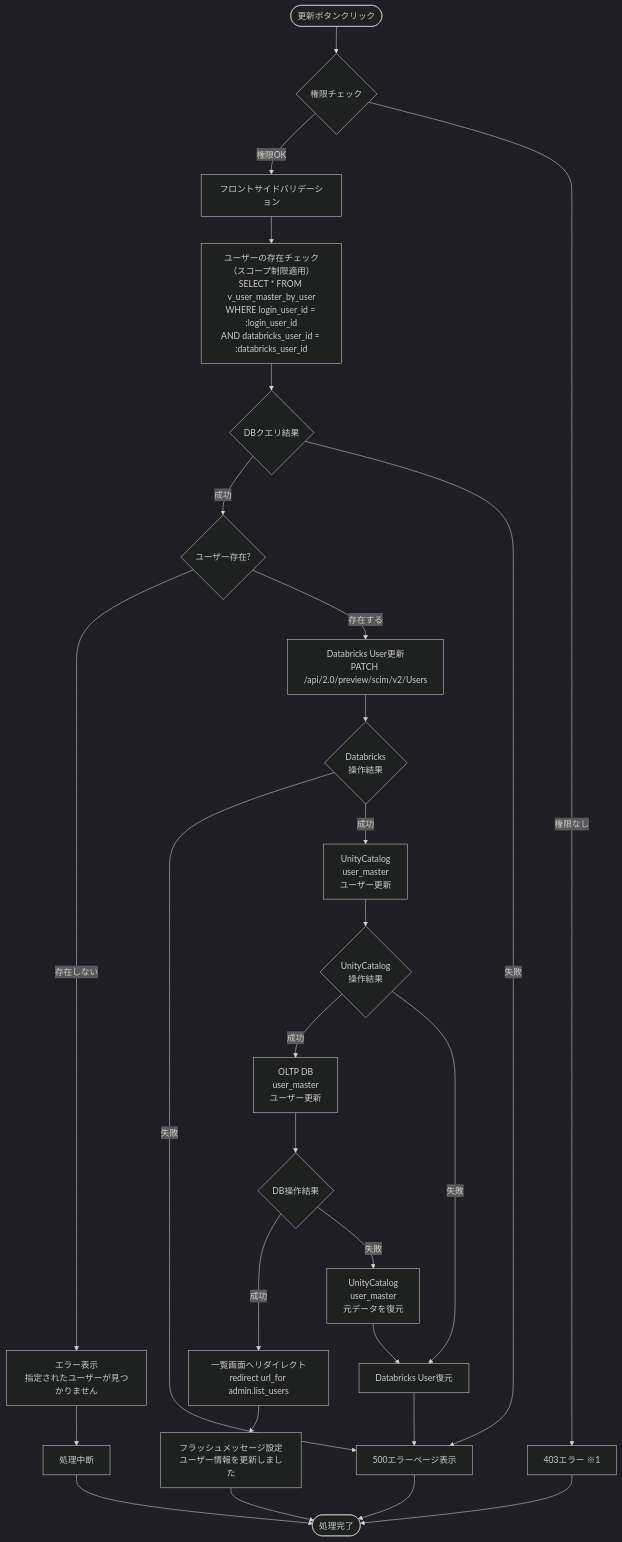
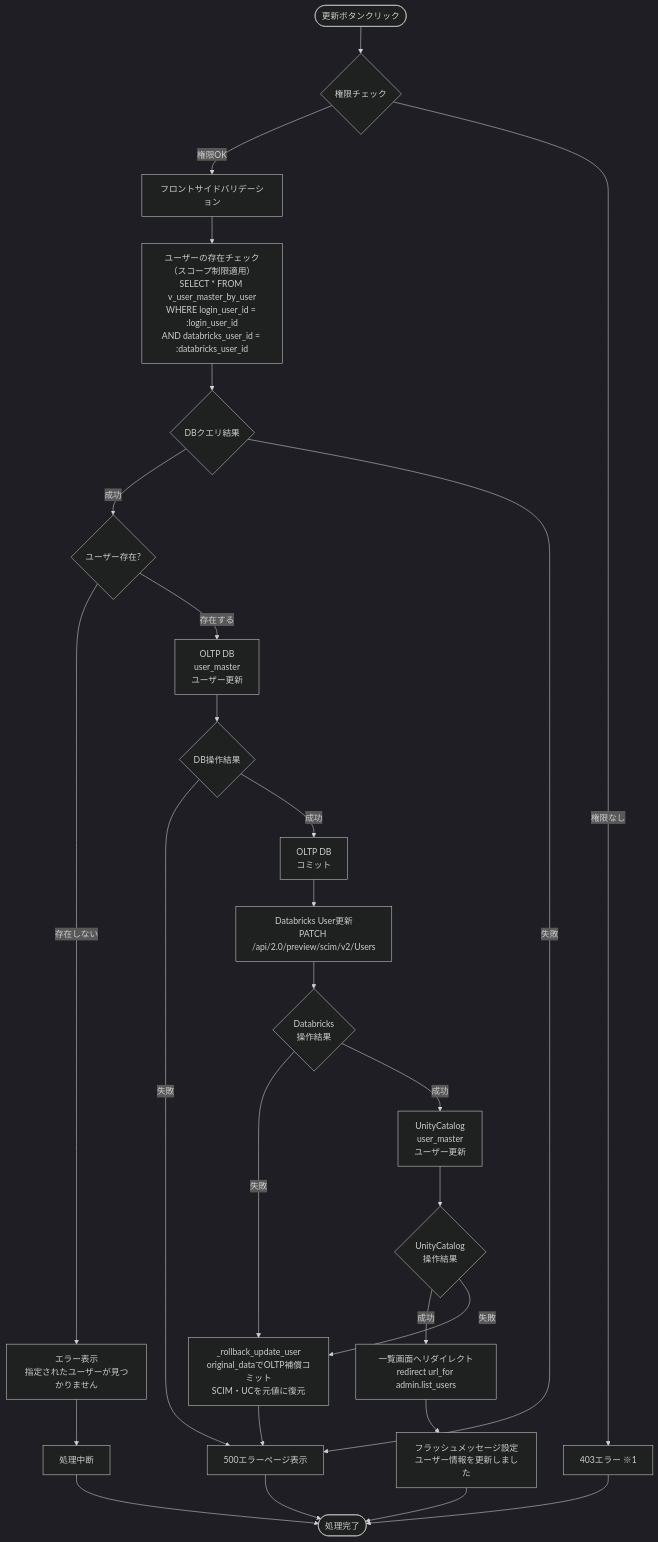
The sixth of 8 diagrams in docs/03-features/flask-app/users/workflow-specification.md (NSW-SVCP-AIWG002/Databricks-IoT), drawn with Mermaid (dark theme) before and after one commit. The commit also changed other lines of this file and 2 other files, not shown here.

````diff
--- a/docs/03-features/flask-app/users/workflow-specification.md
+++ b/docs/03-features/flask-app/users/workflow-specification.md
@@ -1201,42 +1235,44 @@
 ```mermaid
 flowchart TD
     Start([更新ボタンクリック]) --> CheckAuth{権限チェック}
 
     CheckAuth --> |権限OK| FrontValidate[フロントサイドバリデーション]
     CheckAuth --> |権限なし| Error403[403エラー ※1]
 
     FrontValidate --> CheckExists[ユーザーの存在チェック（スコープ制限適用）<br>SELECT * FROM v_user_master_by_user<br>WHERE login_user_id = :login_user_id<br>AND databricks_user_id = :databricks_user_id]
     CheckExists --> CheckDB1{DBクエリ結果}
 
     CheckDB1 -->|成功| CheckExistsResult{ユーザー存在?}
     CheckDB1 -->|失敗| Error500[500エラーページ表示]
 
     CheckExistsResult -->|存在しない| NotFoundError[エラー表示<br>指定されたユーザーが見つかりません]
     NotFoundError --> ValidEnd[処理中断]
 
-    CheckExistsResult -->|存在する| UpdateDatabricks[Databricks User更新<br>PATCH /api/2.0/preview/scim/v2/Users]
+    CheckExistsResult -->|存在する| UpdateDB[OLTP DB<br>user_master<br>ユーザー更新]
+
+    UpdateDB --> CheckDBMstr{DB操作結果}
+
+    CheckDBMstr -->|失敗| Error500
+    CheckDBMstr -->|成功| Commit1[OLTP DB<br>コミット]
+
+    Commit1 --> UpdateDatabricks[Databricks User更新<br>PATCH /api/2.0/preview/scim/v2/Users]
 
     UpdateDatabricks --> CheckDatabricks{Databricks<br>操作結果}
 
-    CheckDatabricks -->|失敗| Error500
+    CheckDatabricks -->|失敗| RollbackAll[_rollback_update_user<br>original_dataでOLTP補償コミット<br>SCIM・UCを元値に復元]
     CheckDatabricks -->|成功| UpdateUC[UnityCatalog<br>user_master<br>ユーザー更新]
 
     UpdateUC --> CheckUC{UnityCatalog<br>操作結果}
 
-    CheckUC -->|成功| UpdateDB[OLTP DB<br>user_master<br>ユーザー更新]
-    CheckUC -->|失敗| RollbackDatabricks[Databricks User復元]
-    RollbackDatabricks --> Error500
+    CheckUC -->|成功| Redirect[一覧画面へリダイレクト<br>redirect url_for admin.list_users]
+    CheckUC -->|失敗| RollbackAll
 
-    UpdateDB --> CheckDBMstr{DB操作結果}
-
-    CheckDBMstr -->|成功| Redirect[一覧画面へリダイレクト<br>redirect url_for admin.list_users]
-    CheckDBMstr -->|失敗| RollbackUC[UnityCatalog<br>user_master<br>元データを復元]
-    RollbackUC --> RollbackDatabricks
+    RollbackAll --> Error500
 
     Redirect --> Success[フラッシュメッセージ設定<br>ユーザー情報を更新しました]
 
     ValidEnd --> End([処理完了])
     Success --> End
     Error500 --> End
     Error403 --> End
 ```
````
